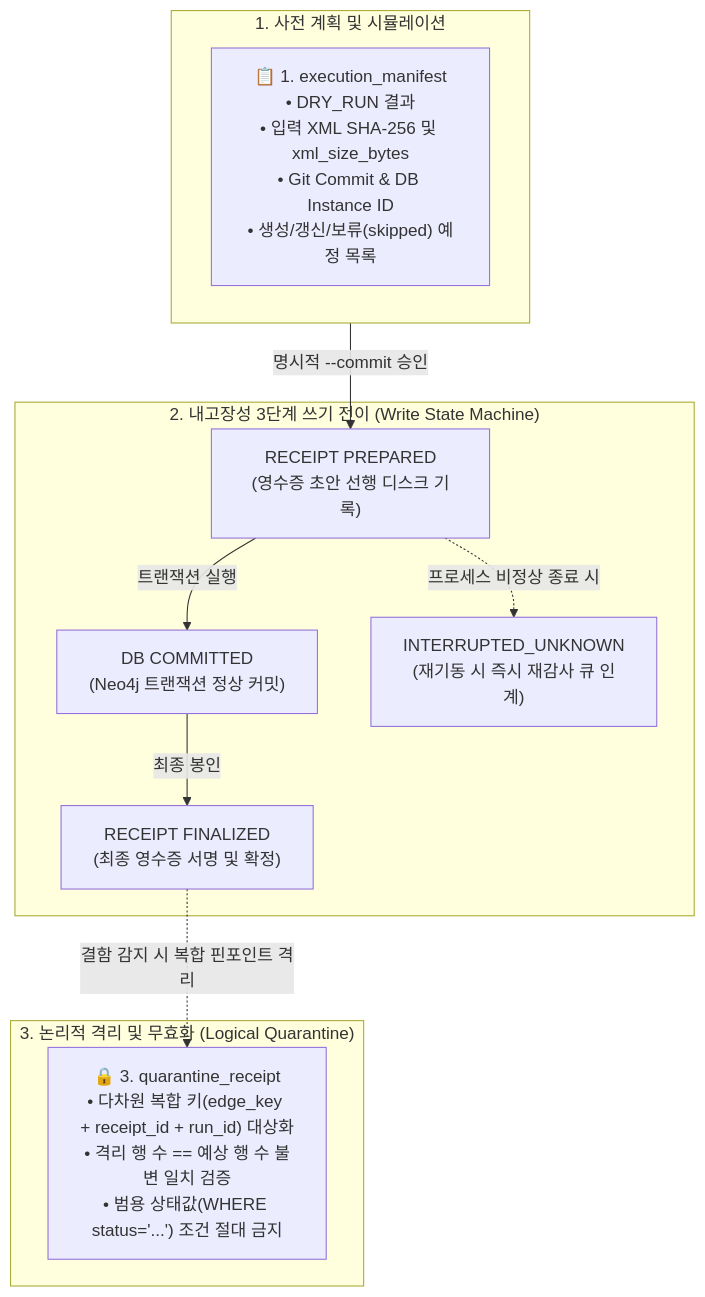
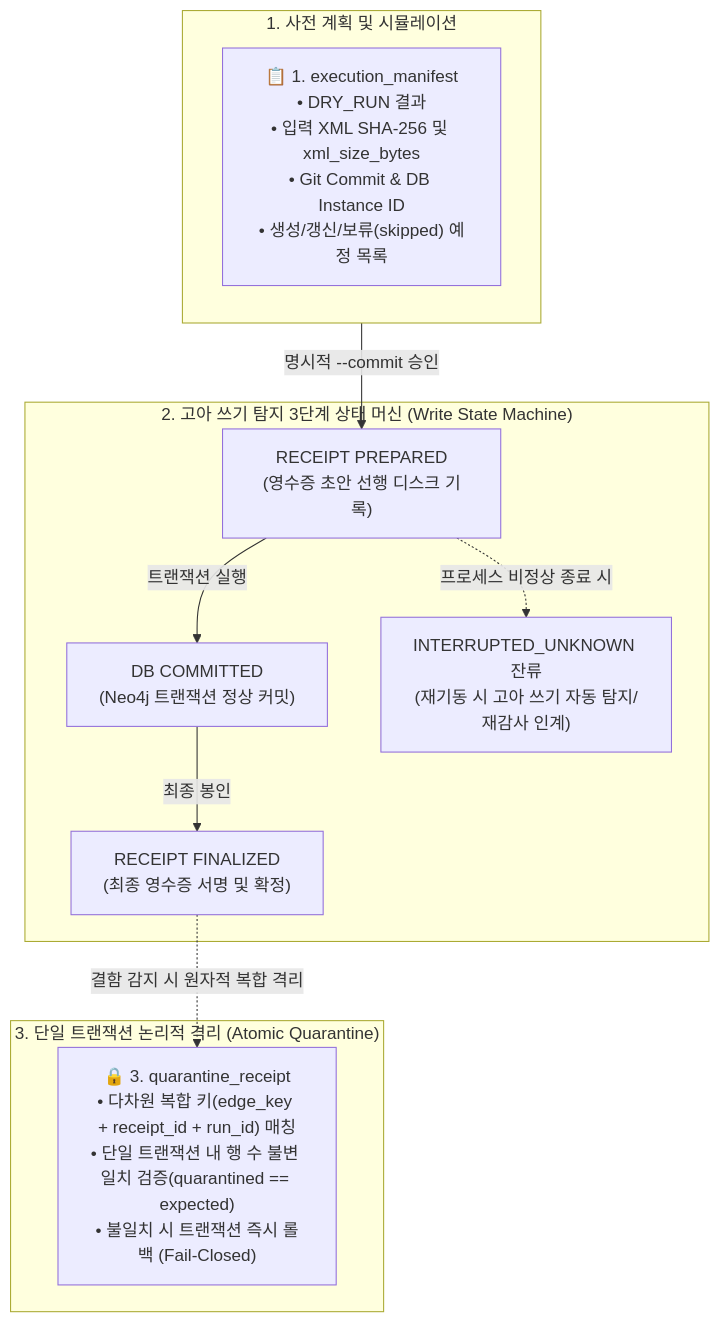
One commit to mycar4/enkoa-practice-knowledge-graph changed the diagram in 내작업폴더/25_DART_v0.4_변조탐지_실행매니페스트_및_감사영수증_아키텍처_설계서.md. Above: the diagram before and after it, drawn with Mermaid. The commit also changed other lines of this file, not shown here.

Commit message:
docs(v0.4): upgrade to v1.2.0 DRY_RUN design standard (reconciliation state machine, r.write_receipt_id mandatory property, atomic single-tx quarantine rollback, block hash anchoring with fail-closed policy)

````diff
--- a/내작업폴더/25_DART_v0.4_변조탐지_실행매니페스트_및_감사영수증_아키텍처_설계서.md
+++ b/내작업폴더/25_DART_v0.4_변조탐지_실행매니페스트_및_감사영수증_아키텍처_설계서.md
@@ -38,21 +42,21 @@
 ```mermaid
 flowchart TD
     subgraph Step1 ["1. 사전 계획 및 시뮬레이션"]
         M["📋 1. execution_manifest\n• DRY_RUN 결과\n• 입력 XML SHA-256 및 xml_size_bytes\n• Git Commit & DB Instance ID\n• 생성/갱신/보류(skipped) 예정 목록"]
     end
 
-    subgraph Step2 ["2. 내고장성 3단계 쓰기 전이 (Write State Machine)"]
+    subgraph Step2 ["2. 고아 쓰기 탐지 3단계 상태 머신 (Write State Machine)"]
         W1["RECEIPT PREPARED\n(영수증 초안 선행 디스크 기록)"]
         W2["DB COMMITTED\n(Neo4j 트랜잭션 정상 커밋)"]
         W3["RECEIPT FINALIZED\n(최종 영수증 서명 및 확정)"]
         W1 -->|트랜잭션 실행| W2 -->|최종 봉인| W3
-        W1 -.->|프로세스 비정상 종료 시| WX["INTERRUPTED_UNKNOWN\n(재기동 시 즉시 재감사 큐 인계)"]
+        W1 -.->|프로세스 비정상 종료 시| WX["INTERRUPTED_UNKNOWN 잔류\n(재기동 시 고아 쓰기 자동 탐지/재감사 인계)"]
     end
 
-    subgraph Step3 ["3. 논리적 격리 및 무효화 (Logical Quarantine)"]
-        Q["🔒 3. quarantine_receipt\n• 다차원 복합 키(edge_key + receipt_id + run_id) 대상화\n• 격리 행 수 == 예상 행 수 불변 일치 검증\n• 범용 상태값(WHERE status='...') 조건 절대 금지"]
+    subgraph Step3 ["3. 단일 트랜잭션 논리적 격리 (Atomic Quarantine)"]
+        Q["🔒 3. quarantine_receipt\n• 다차원 복합 키(edge_key + receipt_id + run_id) 매칭\n• 단일 트랜잭션 내 행 수 불변 일치 검증(quarantined == expected)\n• 불일치 시 트랜잭션 즉시 롤백 (Fail-Closed)"]
     end
 
     Step1 -->|명시적 --commit 승인| W1
-    W3 -.->|결함 감지 시 복합 핀포인트 격리| Q
+    W3 -.->|결함 감지 시 원자적 복합 격리| Q
 ```
````
